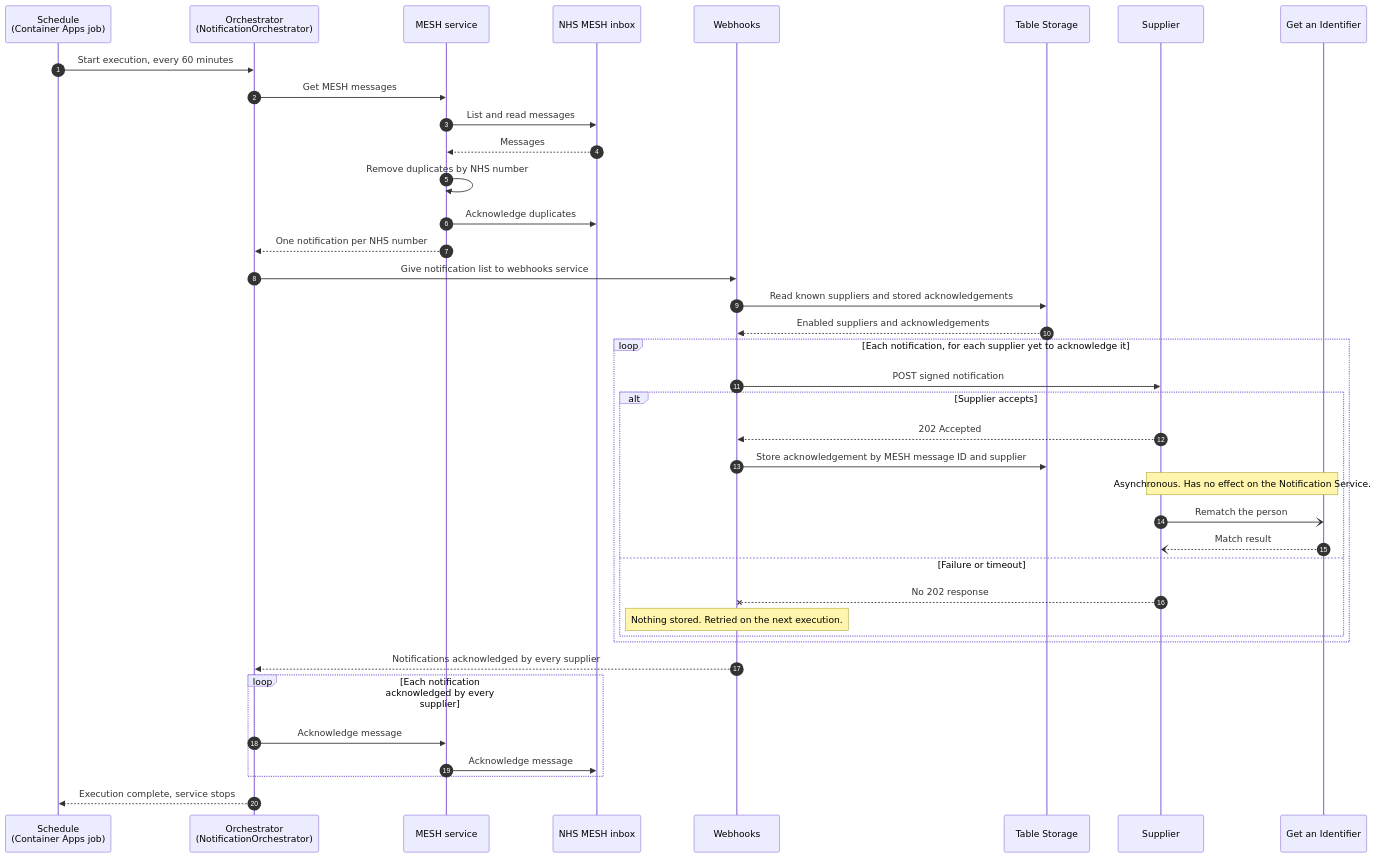
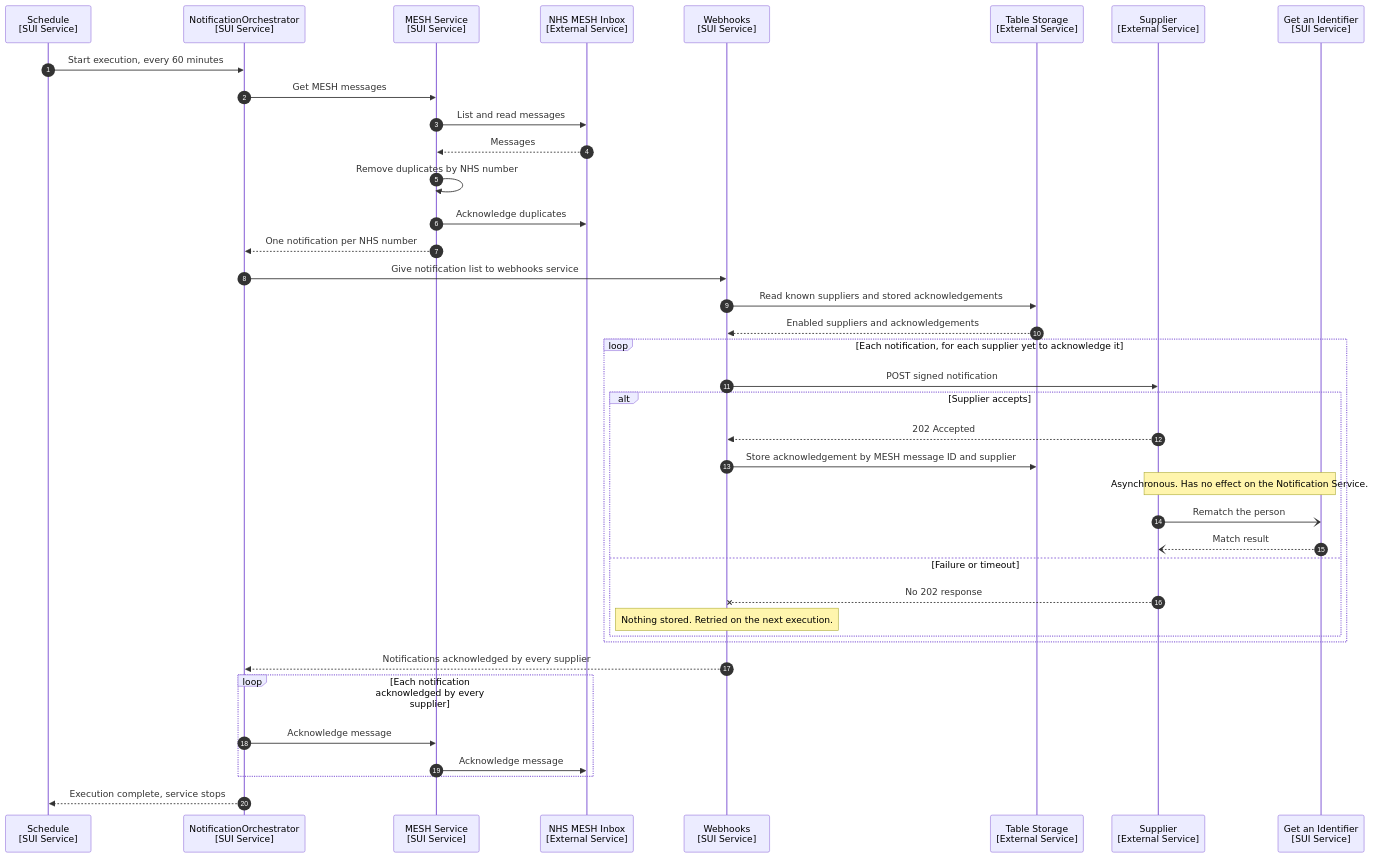
Before and after one commit to DFE-Digital/single-unique-identifier: the diagram in Docs/Design/NotificationService/EndToEndFlow.md, drawn with Mermaid.

Commit message:
docs(notificationService): more clarity on sequence diagram

````diff
--- a/Docs/Design/NotificationService/EndToEndFlow.md
+++ b/Docs/Design/NotificationService/EndToEndFlow.md
@@ -50,48 +50,48 @@
 ```mermaid
 sequenceDiagram
     autonumber
-    participant Schedule as Schedule<br/>(Container Apps job)
-    participant Orchestrator as Orchestrator<br/>(NotificationOrchestrator)
-    participant Mesh as MESH service
-    participant Inbox as NHS MESH inbox
-    participant Webhooks as Webhooks
-    participant Storage as Table Storage
-    participant Supplier as Supplier
-    participant GetAnId as Get an Identifier
+    participant Schedule as Schedule<br/>[SUI Service]
+    participant Orchestrator as NotificationOrchestrator<br/>[SUI Service]
+    participant Mesh as MESH Service<br/>[SUI Service]
+    participant Inbox as NHS MESH Inbox<br/>[External Service]
+    participant Webhooks as Webhooks<br/>[SUI Service]
+    participant Storage as Table Storage<br/>[External Service]
+    participant Supplier as Supplier<br/>[External Service]
+    participant GetAnId as Get an Identifier<br/>[SUI Service]
 
     Schedule->>Orchestrator: Start execution, every 60 minutes
 
     Orchestrator->>Mesh: Get MESH messages
     Mesh->>Inbox: List and read messages
     Inbox-->>Mesh: Messages
     Mesh->>Mesh: Remove duplicates by NHS number
     Mesh->>Inbox: Acknowledge duplicates
     Mesh-->>Orchestrator: One notification per NHS number
 
     Orchestrator->>Webhooks: Give notification list to webhooks service
     Webhooks->>Storage: Read known suppliers and stored acknowledgements
     Storage-->>Webhooks: Enabled suppliers and acknowledgements
 
     loop Each notification, for each supplier yet to acknowledge it
         Webhooks->>Supplier: POST signed notification
         alt Supplier accepts
             Supplier-->>Webhooks: 202 Accepted
             Webhooks->>Storage: Store acknowledgement by MESH message ID and supplier
             Note over Supplier,GetAnId: Asynchronous. Has no effect on the Notification Service.
             Supplier-)GetAnId: Rematch the person
             GetAnId--)Supplier: Match result
         else Failure or timeout
             Supplier--xWebhooks: No 202 response
             Note over Webhooks: Nothing stored. Retried on the next execution.
         end
     end
 
     Webhooks-->>Orchestrator: Notifications acknowledged by every supplier
 
     loop Each notification acknowledged by every supplier
         Orchestrator->>Mesh: Acknowledge message
         Mesh->>Inbox: Acknowledge message
     end
 
     Orchestrator-->>Schedule: Execution complete, service stops
 ```
````
